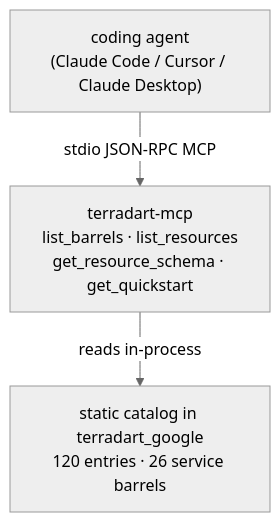
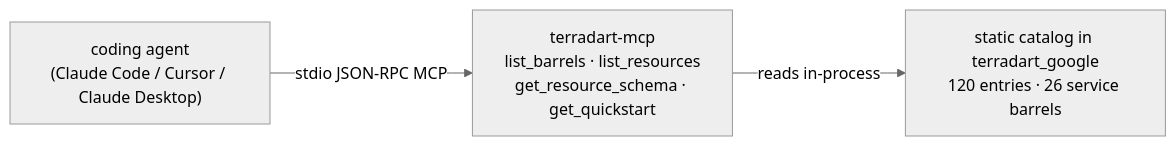
One commit to nozomi-koborinai/terradart changed the diagram in website/src/content/docs/docs/agent/index.md. Above: the diagram before and after it, drawn with Mermaid (neutral theme). The commit also changed 30 other files, not shown here.

````diff
--- a/website/src/content/docs/docs/agent/index.md
+++ b/website/src/content/docs/docs/agent/index.md
@@ -12,8 +12,8 @@
 ```mermaid
-flowchart TB
+graph LR
   agent["coding agent<br/>(Claude Code / Cursor / Claude Desktop)"]
   mcp["terradart-mcp<br/>list_barrels · list_resources<br/>get_resource_schema · get_quickstart"]
   catalog["static catalog in terradart_google<br/>120 entries · 26 service barrels"]
   agent -->|stdio JSON-RPC MCP| mcp
   mcp -->|reads in-process| catalog
 ```
````
